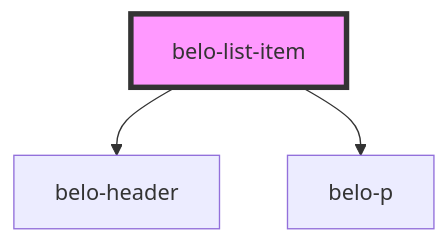
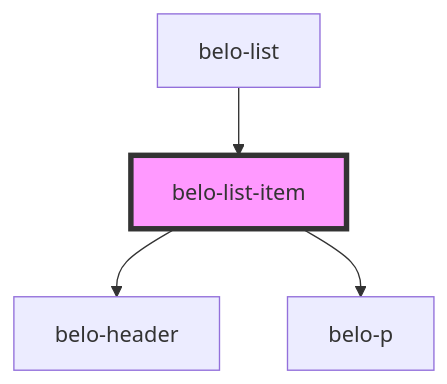
Before and after one commit to KonstantinBelenko/Belo: the diagram in src/components/belo-list-item/readme.md, drawn with Mermaid. The commit also changed other lines of this file and 8 other files, not shown here.

````diff
--- a/src/components/belo-list-item/readme.md
+++ b/src/components/belo-list-item/readme.md
@@ -24,6 +28,7 @@
 ```mermaid
 graph TD;
   belo-list-item --> belo-header
   belo-list-item --> belo-p
+  belo-list --> belo-list-item
   style belo-list-item fill:#f9f,stroke:#333,stroke-width:4px
 ```
````
